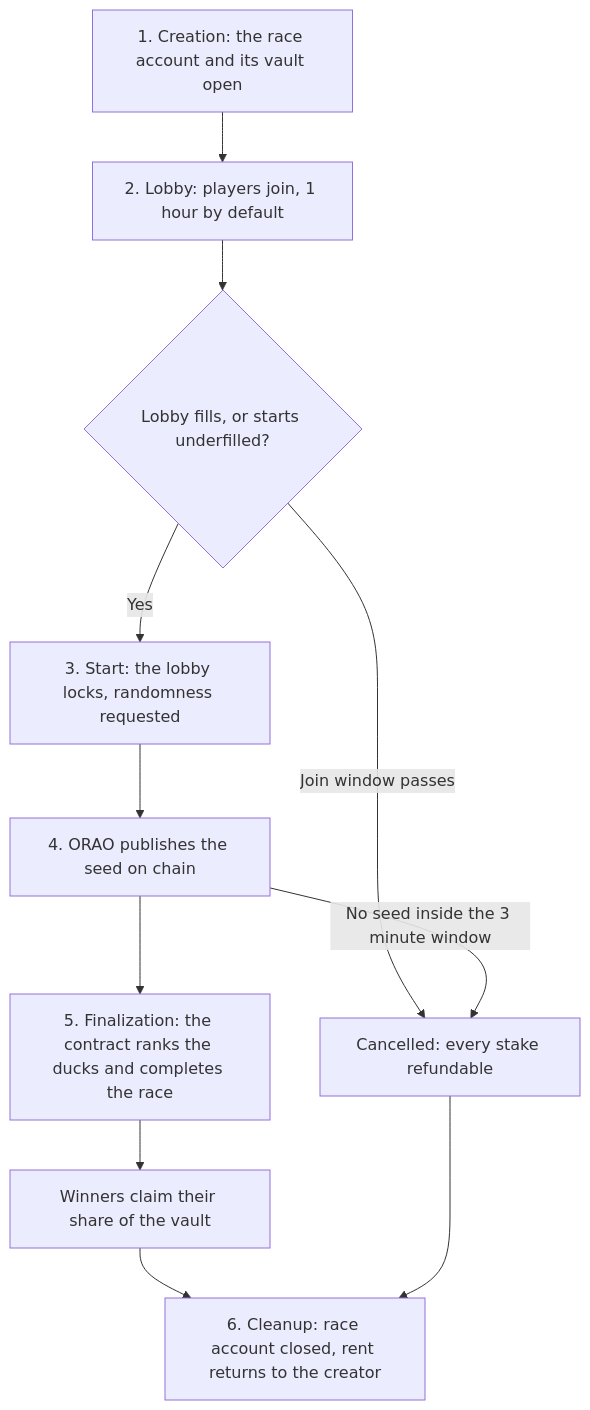
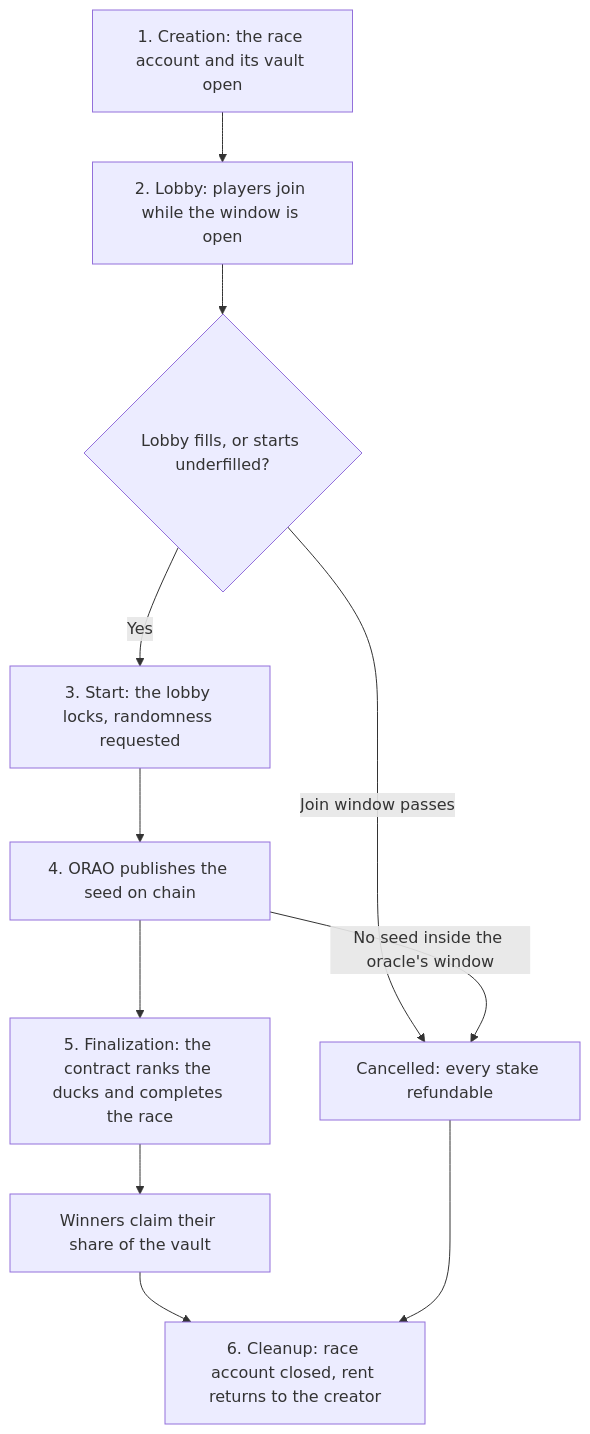
Before and after one commit to TheLuckyDucks/docs: the diagram in docs/trust/verifying-a-race.md, drawn with Mermaid. The commit also changed other lines of this file and 43 other files, not shown here.

````diff
--- a/docs/trust/verifying-a-race.md
+++ b/docs/trust/verifying-a-race.md
@@ -115,13 +115,13 @@
 ```mermaid
 flowchart TD
-    A["1. Creation: the race account and its vault open"] --> B["2. Lobby: players join, 1 hour by default"]
+    A["1. Creation: the race account and its vault open"] --> B["2. Lobby: players join while the window is open"]
     B --> C{"Lobby fills, or starts underfilled?"}
     C -->|"Yes"| D["3. Start: the lobby locks, randomness requested"]
     C -->|"Join window passes"| X["Cancelled: every stake refundable"]
     D --> E["4. ORAO publishes the seed on chain"]
-    E -->|"No seed inside the 3 minute window"| X
+    E -->|"No seed inside the oracle's window"| X
     E --> F["5. Finalization: the contract ranks the ducks and completes the race"]
     F --> G["Winners claim their share of the vault"]
     G --> H["6. Cleanup: race account closed, rent returns to the creator"]
     X --> H
 ```
````
